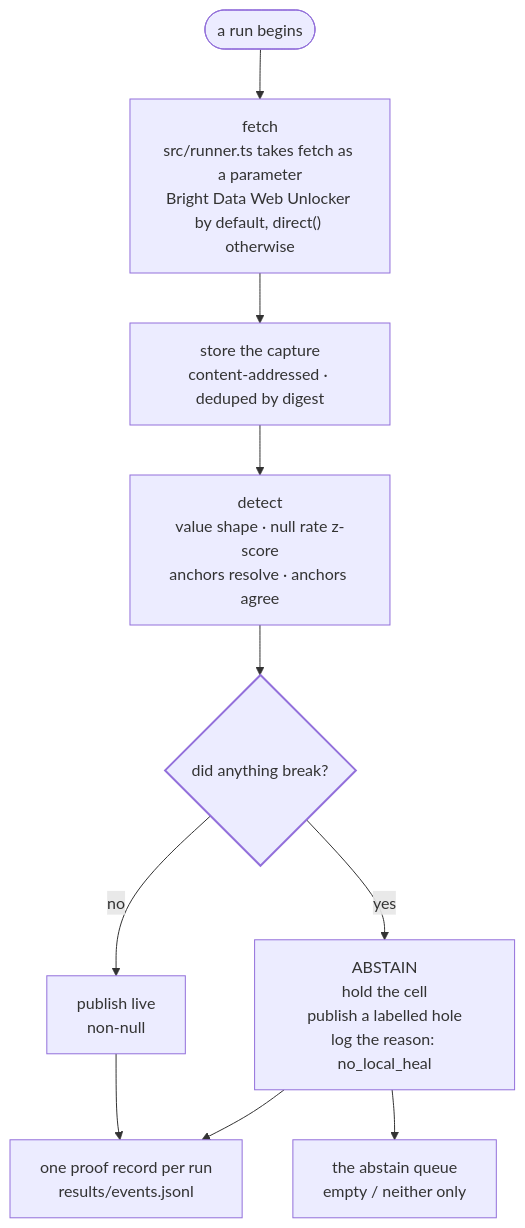
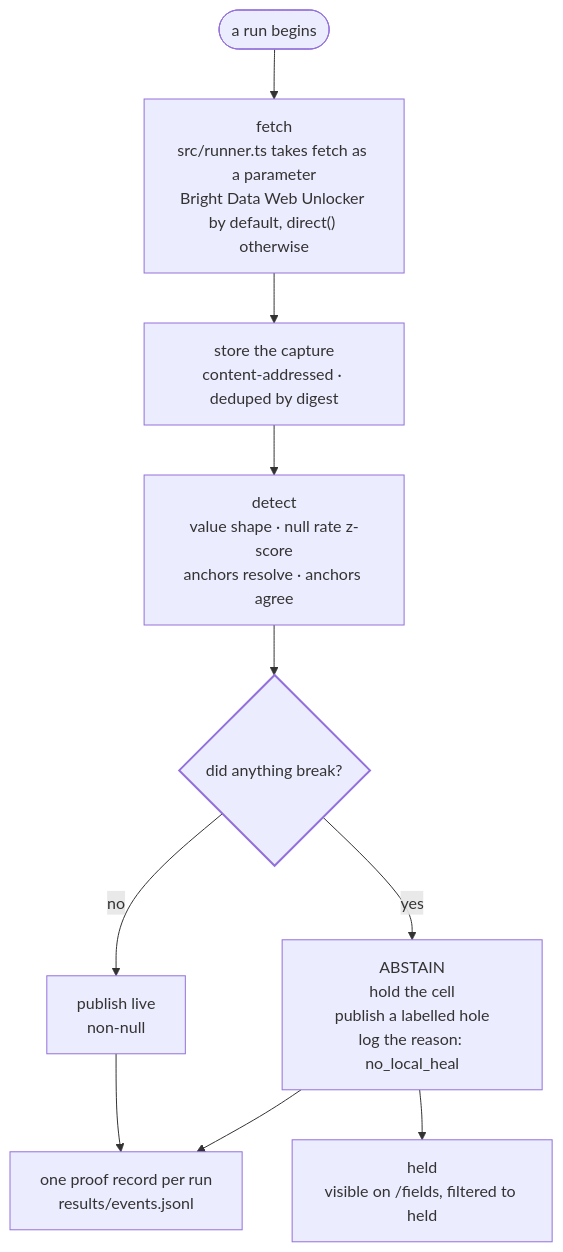
Before and after one commit to Vaibhav91one/assay: the diagram in web/content/docs/run-flow.mdx, drawn with Mermaid. The commit also changed 42 other files, not shown here.

````diff
--- a/web/content/docs/run-flow.mdx
+++ b/web/content/docs/run-flow.mdx
@@ -8,17 +8,17 @@
 ```mermaid
 flowchart TB
   start(["a run begins"]) --> fetch["fetch<br/>src/runner.ts takes fetch as a parameter<br/>Bright Data Web Unlocker by default, direct() otherwise"]
   fetch --> capture["store the capture<br/>content-addressed · deduped by digest"]
   capture --> detect["detect<br/>value shape · null rate z-score<br/>anchors resolve · anchors agree"]
 
   detect --> broke{"did anything break?"}
   broke -->|"no"| live["publish live<br/>non-null"]
   broke -->|"yes"| abstain["ABSTAIN<br/>hold the cell<br/>publish a labelled hole<br/>log the reason: no_local_heal"]
 
   live --> proof["one proof record per run<br/>results/events.jsonl"]
-  abstain --> queue["the abstain queue<br/>empty / neither only"]
+  abstain --> held["held<br/>visible on /fields, filtered to held"]
   abstain --> proof
 
   classDef decision stroke-width:2px
   class broke decision
 ```
````
